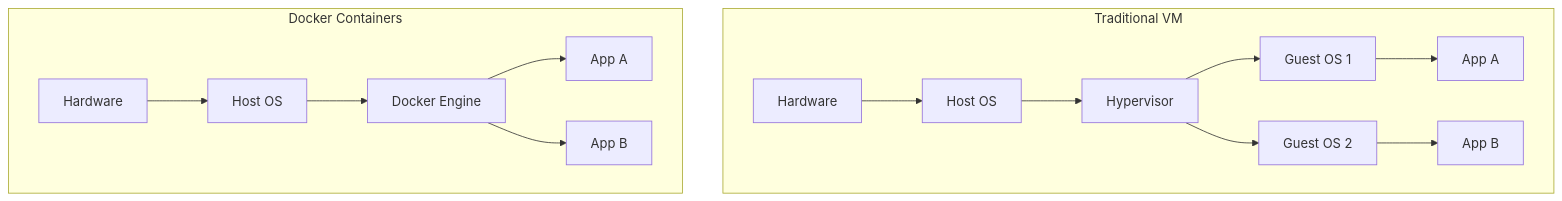
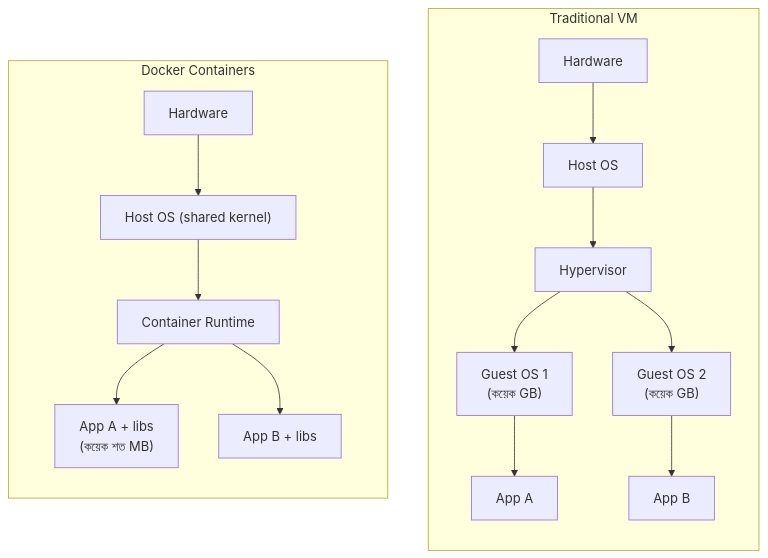
One commit to sajidur/Book changed the first of 5 diagrams in manuscript/part-4-platform/ch13-docker-kubernetes.md. Above: the diagram before and after it, drawn with Mermaid. The commit also changed other lines of this file and 144 other files, not shown here.

````diff
--- a/manuscript/part-4-platform/ch13-docker-kubernetes.md
+++ b/manuscript/part-4-platform/ch13-docker-kubernetes.md
@@ -14,17 +35,16 @@
 ```mermaid
-graph TD
-    subgraph Traditional VM
-        A[Hardware] --> B[Host OS]
-        B --> C[Hypervisor]
-        C --> D[Guest OS 1]
-        C --> E[Guest OS 2]
-        D --> F[App A]
-        E --> G[App B]
+%% caption: Virtual Machine প্রতিটির নিজস্ব OS চালায়; container host OS-এর kernel ভাগ করে নেয়
+flowchart TB
+    subgraph VM ["Traditional VM"]
+        direction TB
+        H1["Hardware"]:::infra --> HO1["Host OS"]:::infra --> HV["Hypervisor"]:::infra
+        HV --> G1["Guest OS 1<br/>(কয়েক GB)"]:::ext --> VA["App A"]:::svc
+        HV --> G2["Guest OS 2<br/>(কয়েক GB)"]:::ext --> VB["App B"]:::svc
     end
-    subgraph Docker Containers
-        H[Hardware] --> I[Host OS]
-        I --> J[Docker Engine]
-        J --> K[App A]
-        J --> L[App B]
+    subgraph CT ["Docker Containers"]
+        direction TB
+        H2["Hardware"]:::infra --> HO2["Host OS (shared kernel)"]:::infra --> DE["Container Runtime"]:::infra
+        DE --> CA["App A + libs<br/>(কয়েক শত MB)"]:::svc
+        DE --> CB["App B + libs"]:::svc
     end
 ```
````
